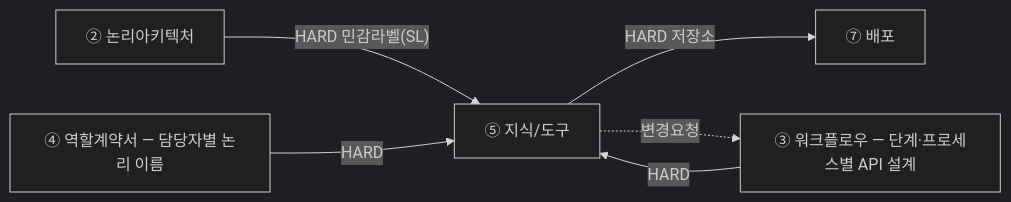
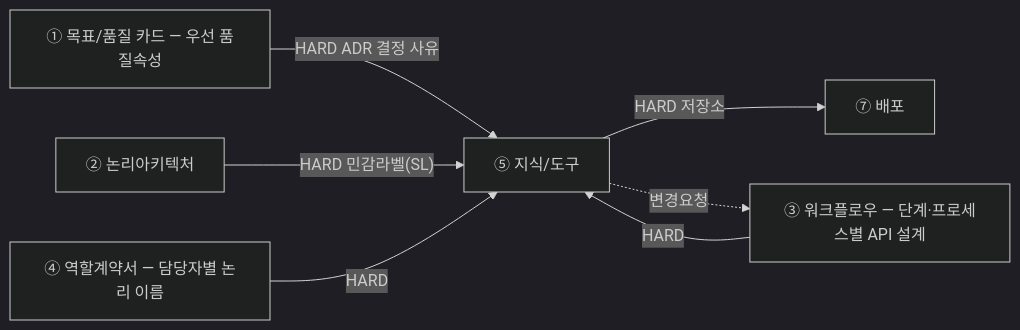
Before and after one commit to unicorn-campus/unicorn-skills: the diagram in design-architecture/guides/05-지식도구설계-가이드.md, drawn with Mermaid (dark theme). The commit also changed other lines of this file and 29 other files, not shown here.

````diff
--- a/design-architecture/guides/05-지식도구설계-가이드.md
+++ b/design-architecture/guides/05-지식도구설계-가이드.md
@@ -16,9 +39,10 @@
 ```mermaid
 flowchart LR
   P5["⑤ 지식/도구"]
+  P1["① 목표/품질 카드 — 우선 품질속성"] -->|"HARD ADR 결정 사유"| P5
   P2["② 논리아키텍처"] -->|"HARD 민감라벨(SL)"| P5
   P3["③ 워크플로우 — 단계·프로세스별 API 설계"] -->|"HARD"| P5
   P4["④ 역할계약서 — 담당자별 논리 이름"] -->|"HARD"| P5
   P5 -->|"HARD 저장소"| P7["⑦ 배포"]
   P5 -.변경요청.-> P3
 ```
````
